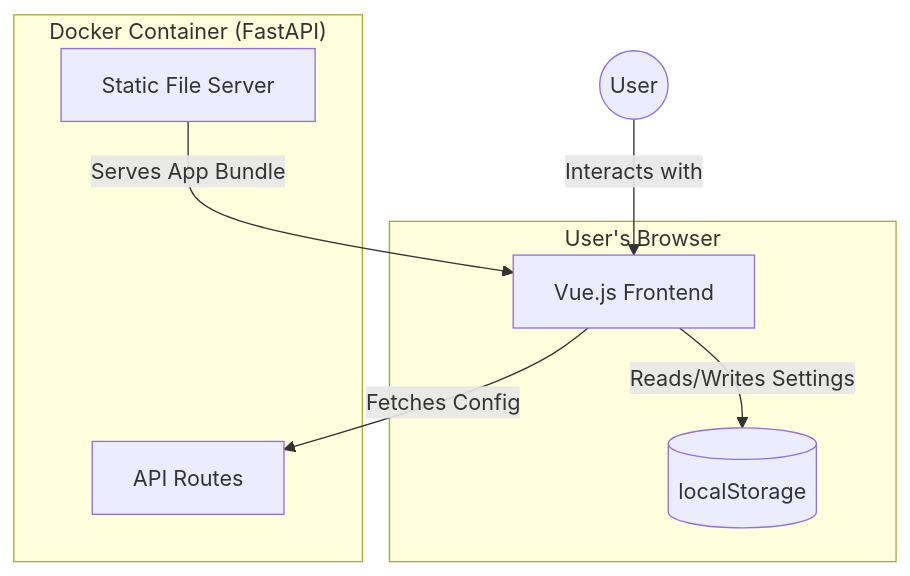
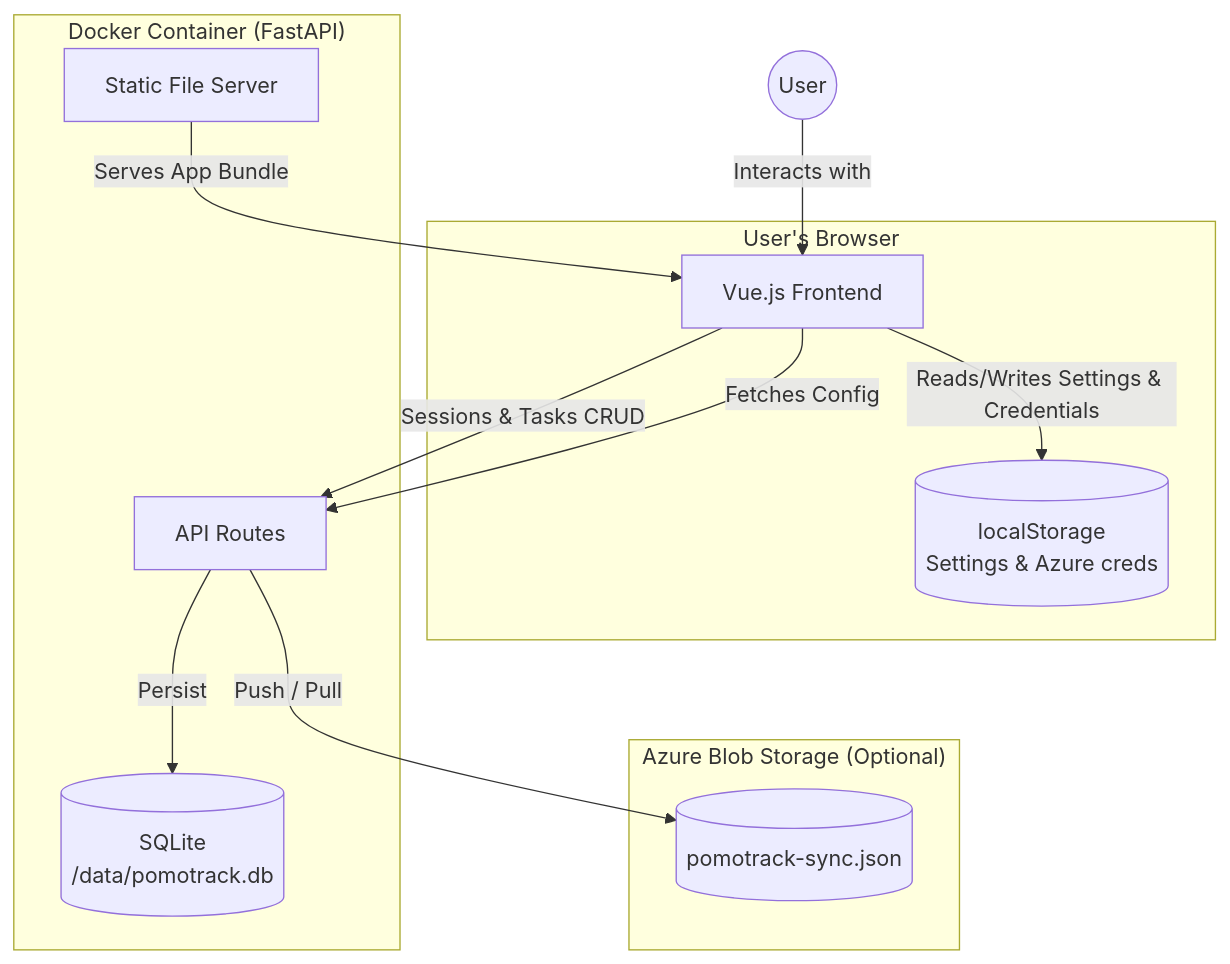
The diagram in README.md (anderskeis/pomotrack), drawn with Mermaid before and after one commit. The commit also changed other lines of this file and 20 other files, not shown here.

First line of the commit message:
feat: add Azure Blob cloud sync functionality

````diff
--- a/README.md
+++ b/README.md
@@ -96,21 +105,29 @@
 ```mermaid
 graph TD
     User((User))
 
     subgraph Browser ["User's Browser"]
         VueApp[Vue.js Frontend]
-        LocalStorage[(localStorage)]
+        LocalStorage[(localStorage\nSettings & Azure creds)]
     end
 
-    subgraph Server ["Docker Container (FastAPI)"]
+    subgraph Container ["Docker Container (FastAPI)"]
         API[API Routes]
         Static[Static File Server]
+        SQLite[(SQLite\n/data/pomotrack.db)]
+    end
+
+    subgraph Cloud ["Azure Blob Storage (Optional)"]
+        Blob[(pomotrack-sync.json)]
     end
 
     User -->|Interacts with| VueApp
 
-    VueApp -->|Reads/Writes Settings| LocalStorage
+    VueApp -->|Reads/Writes Settings & Credentials| LocalStorage
+    VueApp -->|Sessions & Tasks CRUD| API
     VueApp -->|Fetches Config| API
+    API -->|Persist| SQLite
+    API -->|Push / Pull| Blob
 
     Static -->|Serves App Bundle| VueApp
 ```
````
